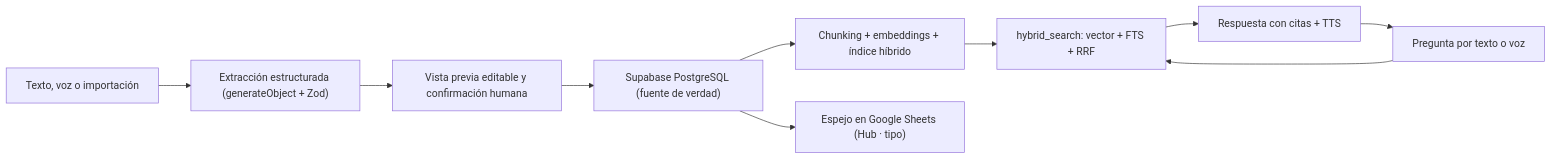
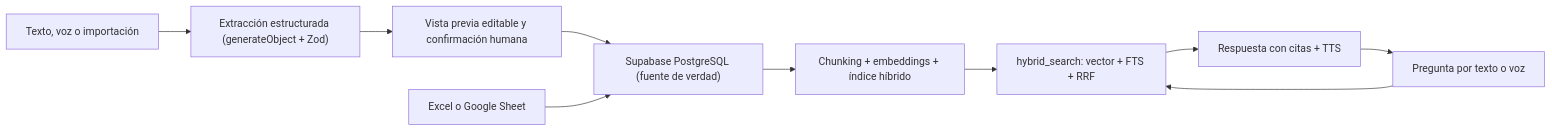
One commit to CyberKen10/a11y-hub changed the diagram in docs/architecture.md. Above: the diagram before and after it, drawn with Mermaid. The commit also changed other lines of this file and 25 other files, not shown here.

````diff
--- a/docs/architecture.md
+++ b/docs/architecture.md
@@ -5,12 +5,12 @@
 ```mermaid
 flowchart LR
     input["Texto, voz o importación"] --> validate["Extracción estructurada (generateObject + Zod)"]
     validate --> review["Vista previa editable y confirmación humana"]
     review --> db["Supabase PostgreSQL (fuente de verdad)"]
     db --> index["Chunking + embeddings + índice híbrido"]
-    db --> sheet["Espejo en Google Sheets (Hub · tipo)"]
+    sheet["Excel o Google Sheet"] --> db
     userQ["Pregunta por texto o voz"] --> retrieve["hybrid_search: vector + FTS + RRF"]
     index --> retrieve
     retrieve --> answer["Respuesta con citas + TTS"]
     answer --> userQ
 ```
````
